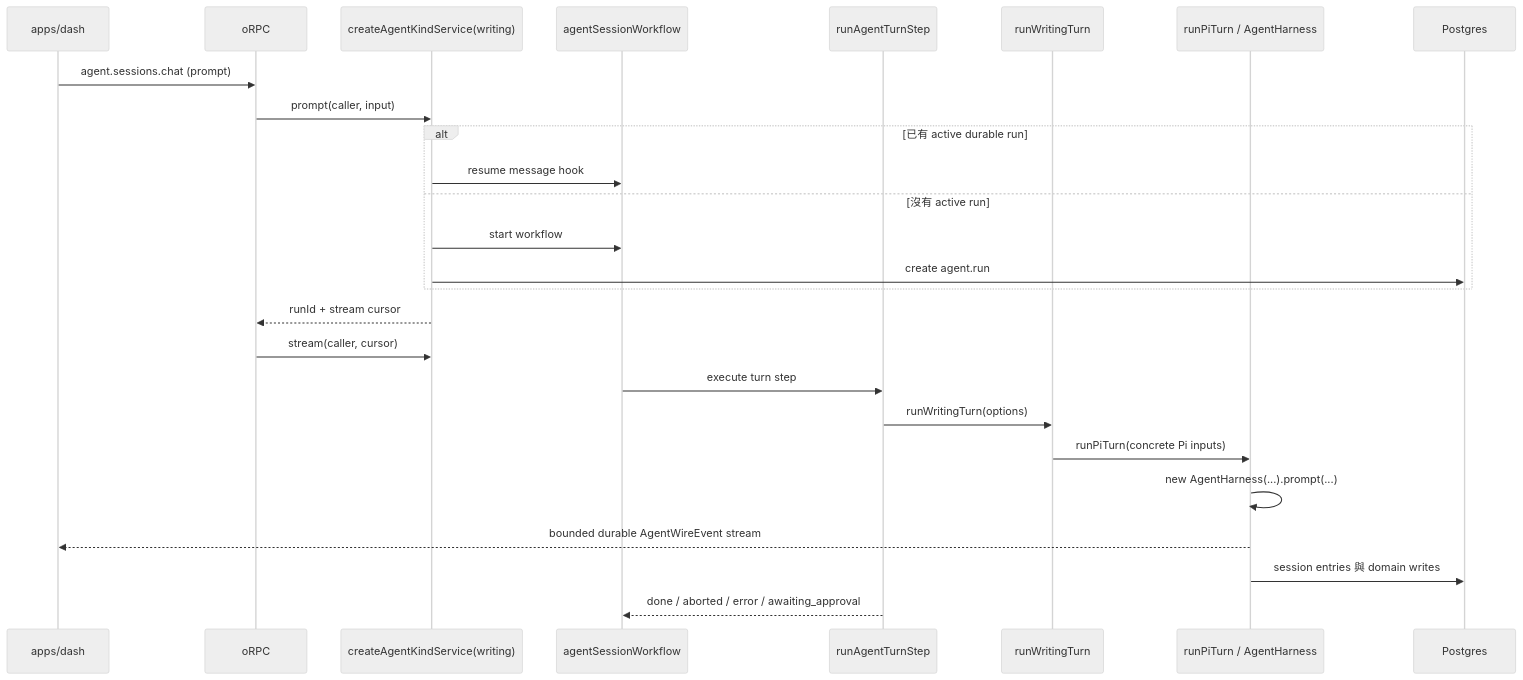
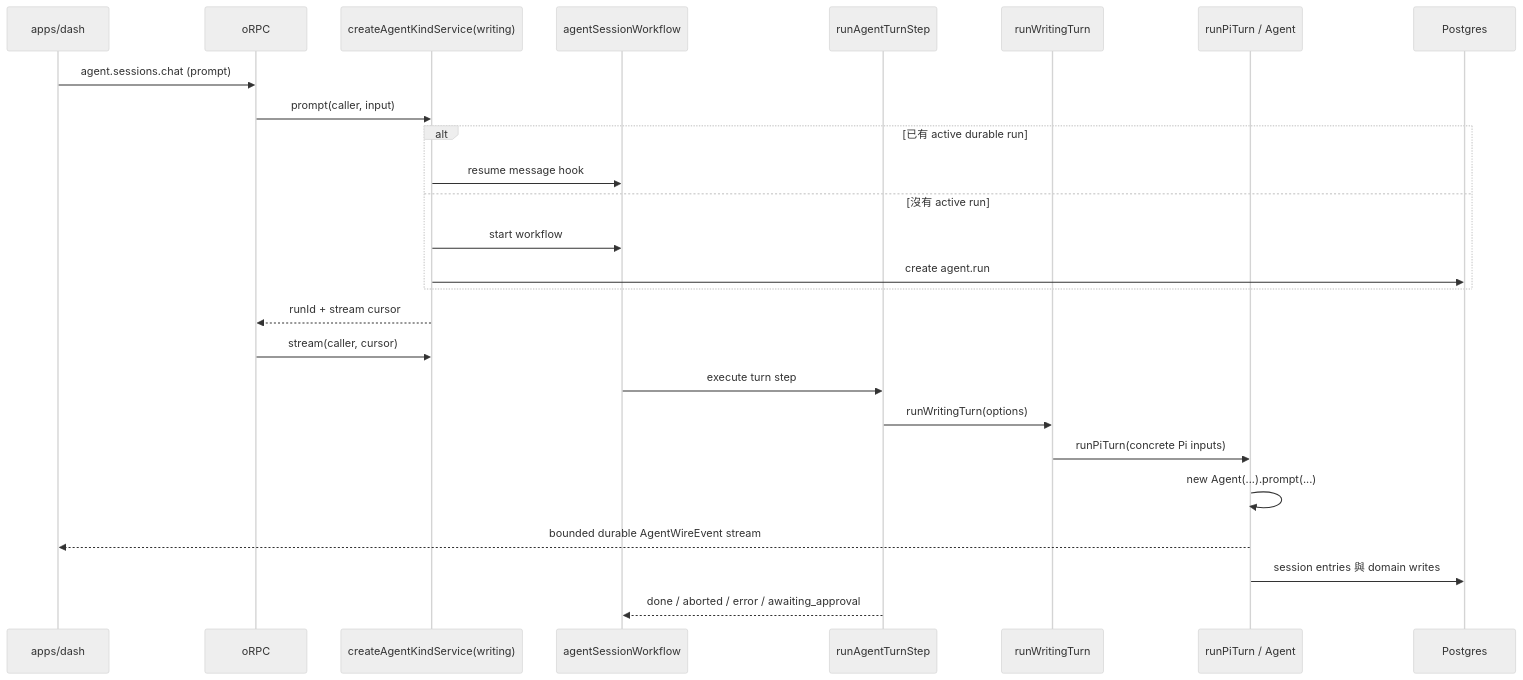
One commit to Chia1104/chia1104.dev changed the second of 3 diagrams in docs/agent-architecture.zh.md. Above: the diagram before and after it, drawn with Mermaid (neutral theme). The commit also changed other lines of this file and 3 other files, not shown here.

````diff
--- a/docs/agent-architecture.zh.md
+++ b/docs/agent-architecture.zh.md
@@ -132,29 +134,29 @@
 ```mermaid
 sequenceDiagram
     participant UI as apps/dash
     participant RPC as oRPC
     participant SVC as createAgentKindService(writing)
     participant WF as agentSessionWorkflow
     participant STEP as runAgentTurnStep
     participant WR as runWritingTurn
-    participant PI as runPiTurn / AgentHarness
+    participant PI as runPiTurn / Agent
     participant PG as Postgres
 
     UI->>RPC: agent.sessions.chat (prompt)
     RPC->>SVC: prompt(caller, input)
     alt 已有 active durable run
         SVC->>WF: resume message hook
     else 沒有 active run
         SVC->>WF: start workflow
         SVC->>PG: create agent.run
     end
     SVC-->>RPC: runId + stream cursor
     RPC->>SVC: stream(caller, cursor)
     WF->>STEP: execute turn step
     STEP->>WR: runWritingTurn(options)
     WR->>PI: runPiTurn(concrete Pi inputs)
-    PI->>PI: new AgentHarness(...).prompt(...)
+    PI->>PI: new Agent(...).prompt(...)
     PI-->>UI: bounded durable AgentWireEvent stream
     PI->>PG: session entries 與 domain writes
     STEP-->>WF: done / aborted / error / awaiting_approval
 ```
````
